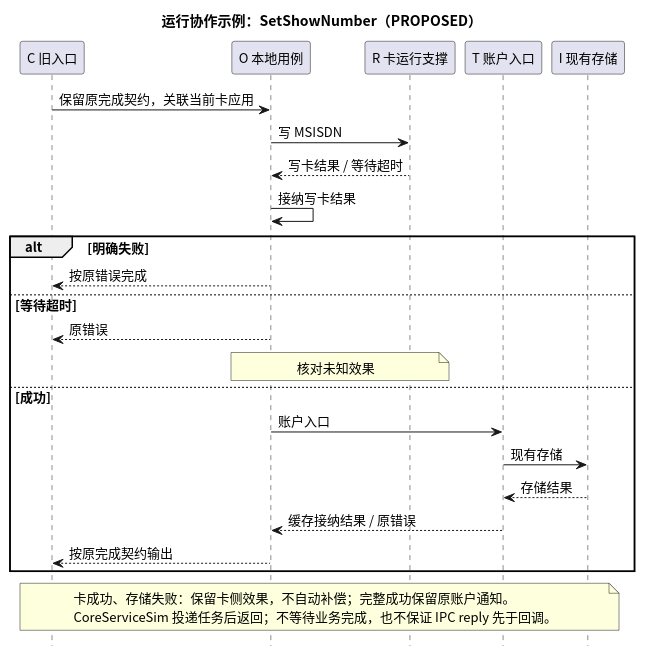
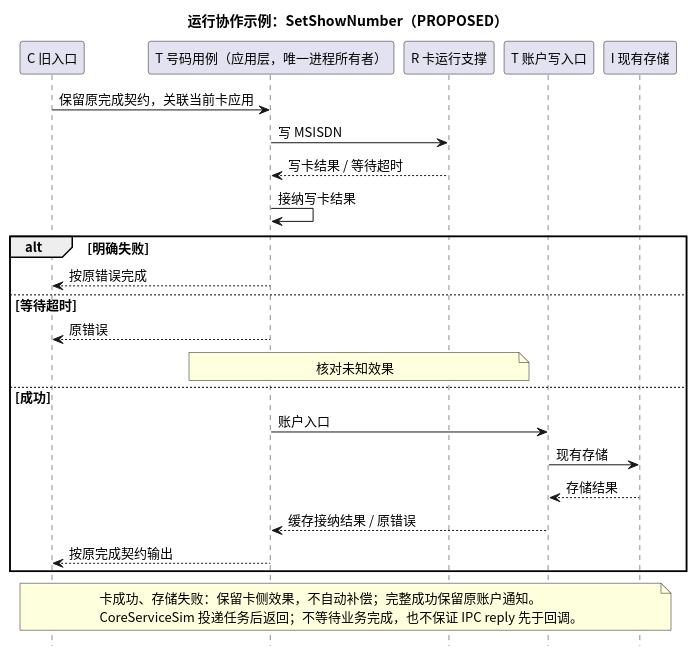
The fourth of 5 diagrams in telephony_core_service/docs/SIM_Target_Architecture_Design_v1.2.md (zjuluowu/multisim), drawn with PlantUML before and after one commit. The commit also changed other lines of this file, not shown here.

First line of the commit message:
docs(sim): independent architecture review of target design v1.2

````diff
--- a/telephony_core_service/docs/SIM_Target_Architecture_Design_v1.2.md
+++ b/telephony_core_service/docs/SIM_Target_Architecture_Design_v1.2.md
@@ -403,34 +465,34 @@
 ```plantuml
 @startuml SIM_SetShowNumber_Sequence
 skinparam shadowing false
 skinparam defaultFontName "Noto Sans CJK SC"
 skinparam defaultFontSize 13
 hide footbox
 title 运行协作示例：SetShowNumber（PROPOSED）
 participant "C 旧入口" as C
-participant "O 本地用例" as O
+participant "T 号码用例（应用层，唯一进程所有者）" as U
 participant "R 卡运行支撑" as R
-participant "T 账户入口" as T
+participant "T 账户写入口" as T
 participant "I 现有存储" as I
-C -> O : 保留原完成契约，关联当前卡应用
-O -> R : 写 MSISDN
-R --> O : 写卡结果 / 等待超时
-O -> O : 接纳写卡结果
+C -> U : 保留原完成契约，关联当前卡应用
+U -> R : 写 MSISDN
+R --> U : 写卡结果 / 等待超时
+U -> U : 接纳写卡结果
 alt 明确失败
-  O --> C : 按原错误完成
+  U --> C : 按原错误完成
 else 等待超时
-  O --> C : 原错误
-  note over O, R : 核对未知效果
+  U --> C : 原错误
+  note over U, R : 核对未知效果
 else 成功
-  O -> T : 账户入口
+  U -> T : 账户入口
   T -> I : 现有存储
   I --> T : 存储结果
-  T --> O : 缓存接纳结果 / 原错误
-  O --> C : 按原完成契约输出
+  T --> U : 缓存接纳结果 / 原错误
+  U --> C : 按原完成契约输出
 end
 note over C, I
   卡成功、存储失败：保留卡侧效果，不自动补偿；完整成功保留原账户通知。
   CoreServiceSim 投递任务后返回；不等待业务完成，也不保证 IPC reply 先于回调。
 end note
 @enduml
 ```
````
